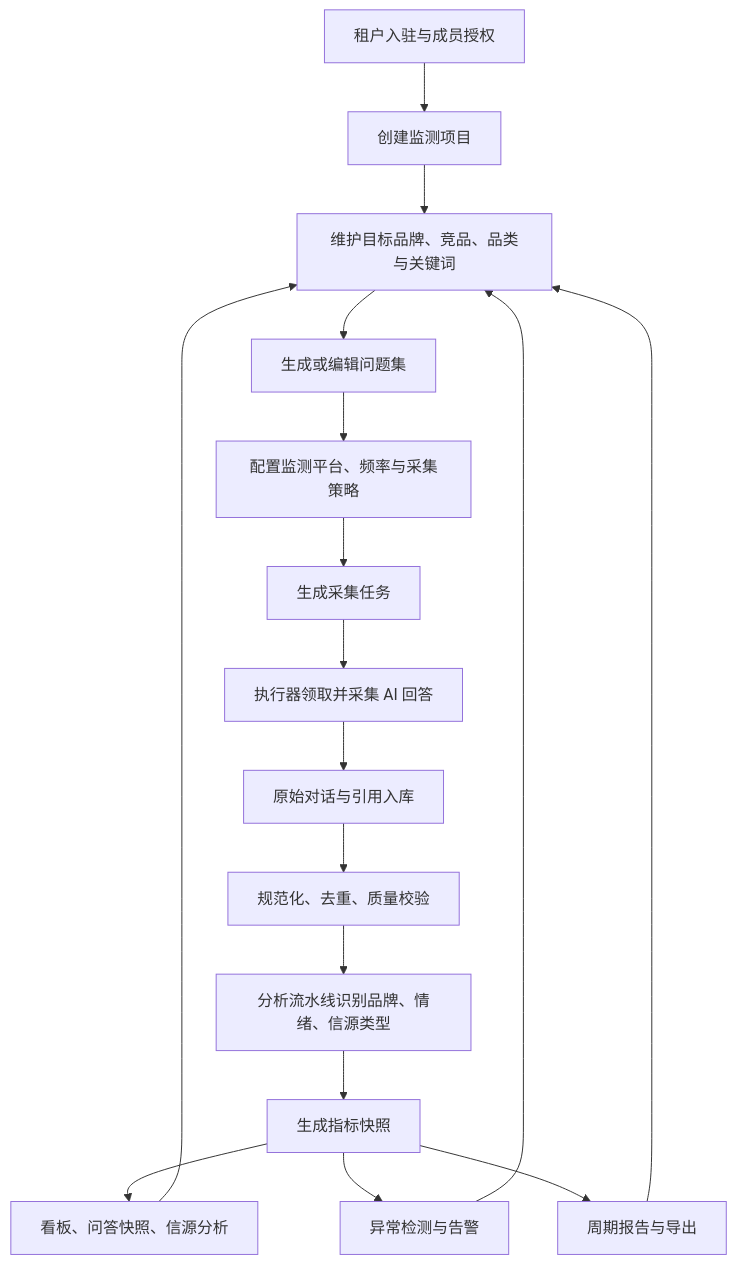
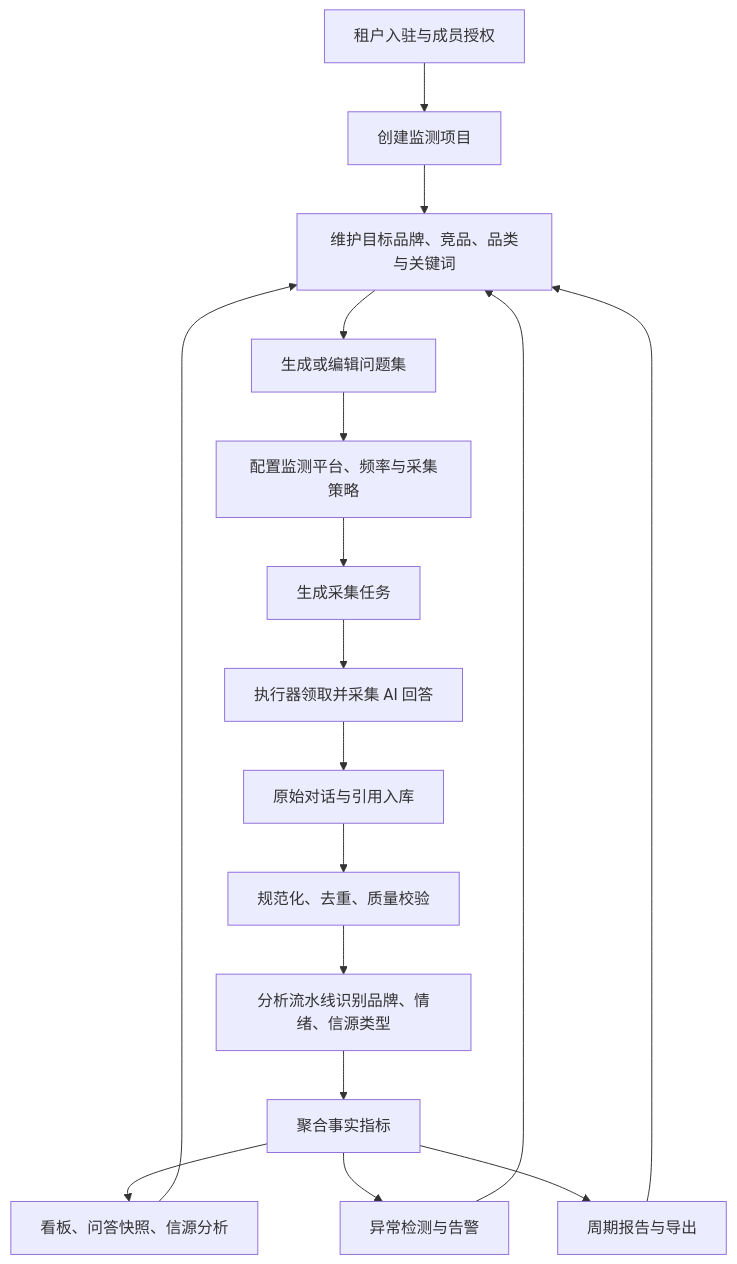
Before and after one commit to jiabai/brand-dashboard: the diagram in docs/design-docs/20260606-brand-monitoring-business-architecture-refactor.md, drawn with Mermaid. The commit also changed other lines of this file and 12 other files, not shown here.

````diff
--- a/docs/design-docs/20260606-brand-monitoring-business-architecture-refactor.md
+++ b/docs/design-docs/20260606-brand-monitoring-business-architecture-refactor.md
@@ -156,19 +156,19 @@
 ```mermaid
 flowchart TD
   A["租户入驻与成员授权"] --> B["创建监测项目"]
   B --> C["维护目标品牌、竞品、品类与关键词"]
   C --> D["生成或编辑问题集"]
   D --> E["配置监测平台、频率与采集策略"]
   E --> F["生成采集任务"]
   F --> G["执行器领取并采集 AI 回答"]
   G --> H["原始对话与引用入库"]
   H --> I["规范化、去重、质量校验"]
   I --> J["分析流水线识别品牌、情绪、信源类型"]
-  J --> K["生成指标快照"]
+  J --> K["聚合事实指标"]
   K --> L["看板、问答快照、信源分析"]
   K --> M["异常检测与告警"]
   K --> N["周期报告与导出"]
   L --> C
   M --> C
   N --> C
 ```
````
